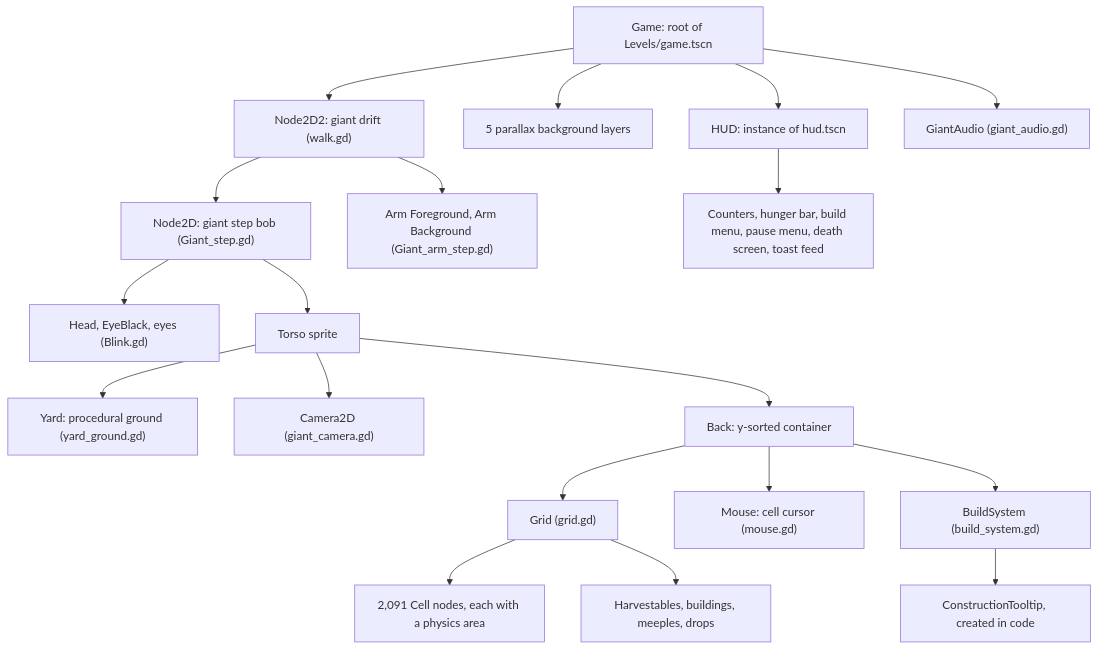
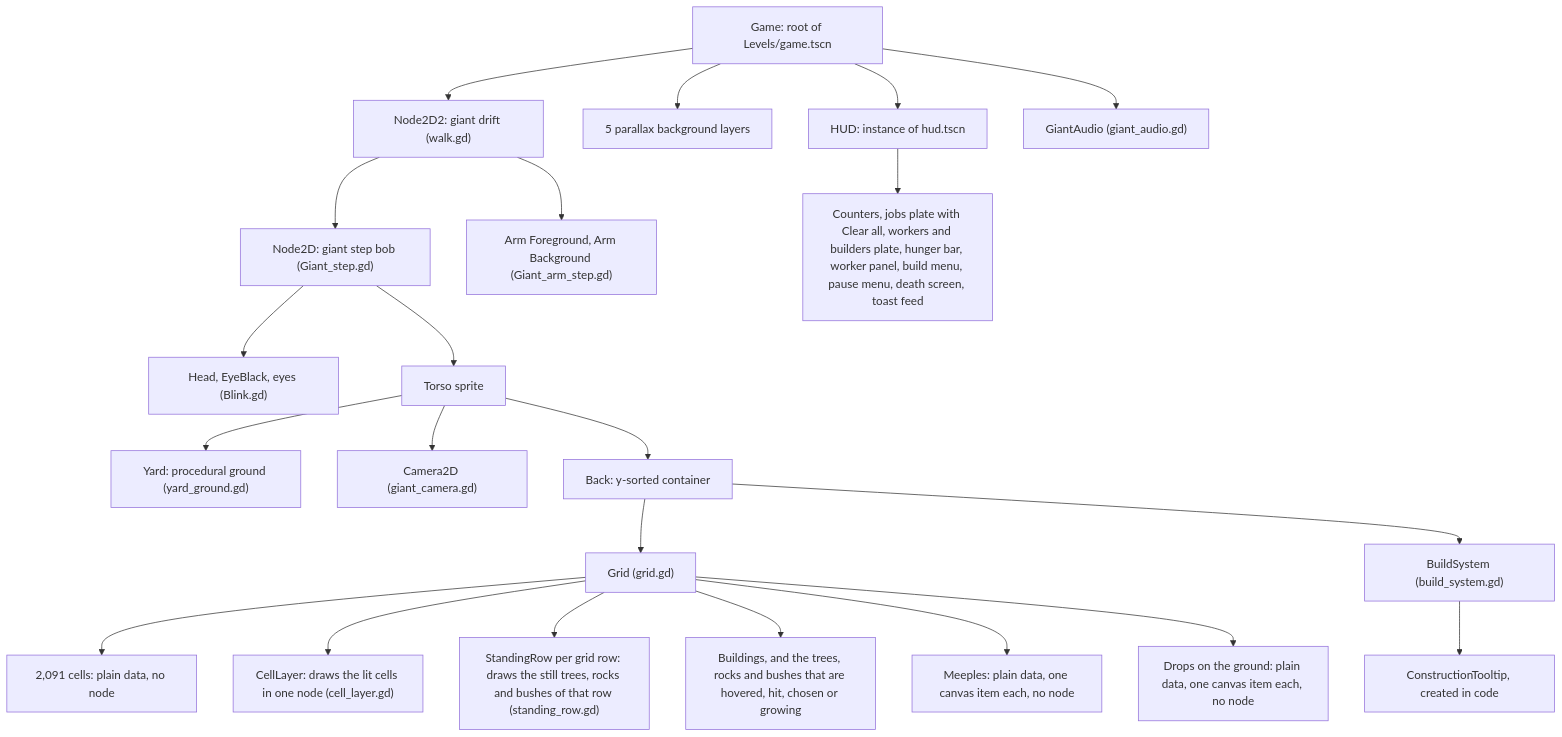
One commit to Liam-M-Mays/game-jam-2026 changed the third of 11 diagrams in docs/architecture.md. Above: the diagram before and after it, drawn with Mermaid. The commit also changed other lines of this file and 162 other files, not shown here.

````diff
--- a/docs/architecture.md
+++ b/docs/architecture.md
@@ -136,41 +137,47 @@
 ```mermaid
 flowchart TD
     game["Game: root of Levels/game.tscn"]
     walk["Node2D2: giant drift (walk.gd)"]
     step["Node2D: giant step bob (Giant_step.gd)"]
     head["Head, EyeBlack, eyes (Blink.gd)"]
     arms["Arm Foreground, Arm Background (Giant_arm_step.gd)"]
     torso["Torso sprite"]
     yard["Yard: procedural ground (yard_ground.gd)"]
     camera["Camera2D (giant_camera.gd)"]
     back["Back: y-sorted container"]
     grid["Grid (grid.gd)"]
-    cells["2,091 Cell nodes, each with a physics area"]
-    objects["Harvestables, buildings, meeples, drops"]
-    cursor["Mouse: cell cursor (mouse.gd)"]
+    cells["2,091 cells: plain data, no node"]
+    cellLayer["CellLayer: draws the lit cells in one node (cell_layer.gd)"]
+    rows["StandingRow per grid row: draws the still trees, rocks and bushes of that row (standing_row.gd)"]
+    objects["Buildings, and the trees, rocks and bushes that are hovered, hit, chosen or growing"]
+    meeples["Meeples: plain data, one canvas item each, no node"]
+    drops["Drops on the ground: plain data, one canvas item each, no node"]
     buildSystem["BuildSystem (build_system.gd)"]
     tooltip["ConstructionTooltip, created in code"]
     parallax["5 parallax background layers"]
     hud["HUD: instance of hud.tscn"]
-    hudKids["Counters, hunger bar, build menu, pause menu, death screen, toast feed"]
+    hudKids["Counters, jobs plate with Clear all, workers and builders plate, hunger bar, worker panel, build menu, pause menu, death screen, toast feed"]
     giantAudio["GiantAudio (giant_audio.gd)"]
 
     game --> walk
     walk --> step
     walk --> arms
     step --> head
     step --> torso
     torso --> yard
     torso --> camera
     torso --> back
     back --> grid
-    back --> cursor
     back --> buildSystem
     grid --> cells
+    grid --> cellLayer
+    grid --> rows
     grid --> objects
+    grid --> meeples
+    grid --> drops
     buildSystem --> tooltip
     game --> parallax
     game --> hud
     hud --> hudKids
     game --> giantAudio
 ```
````
